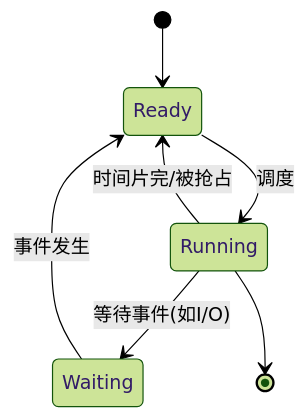
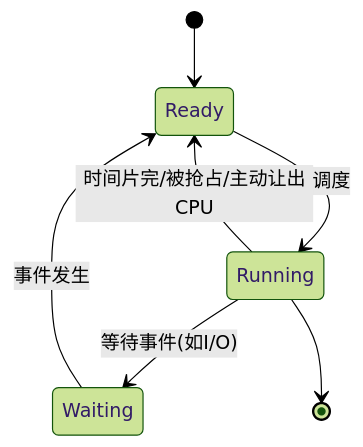
One commit to by-be-young/blog changed the diagram in blogs/二下/操作系统/进程管理/进程管理.md. Above: the diagram before and after it, drawn with Mermaid (forest theme). The commit also changed other lines of this file and 12 other files, not shown here.

````diff
--- a/blogs/二下/操作系统/进程管理/进程管理.md
+++ b/blogs/二下/操作系统/进程管理/进程管理.md
@@ -89,9 +89,9 @@
 ```mermaid
 stateDiagram-v2
     [*] --> Ready
     Ready --> Running: 调度
-    Running --> Ready: 时间片完/被抢占
+    Running --> Ready: 时间片完/被抢占/主动让出CPU
     Running --> Waiting: 等待事件(如I/O)
     Waiting --> Ready: 事件发生
     Running --> [*]
 ```
````
